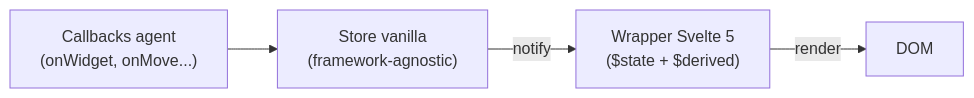
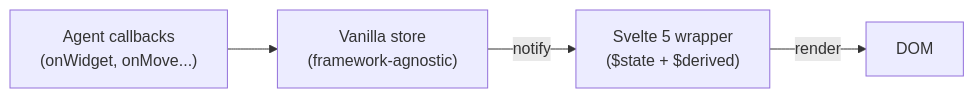
One commit to jeanbaptiste/webmcp-auto-ui changed the third of 4 diagrams in docs/starlight/src/content/docs/guide/architecture.mdx. Above: the diagram before and after it, drawn with Mermaid. The commit also changed other lines of this file and 94 other files, not shown here.

````diff
--- a/docs/starlight/src/content/docs/guide/architecture.mdx
+++ b/docs/starlight/src/content/docs/guide/architecture.mdx
@@ -344,10 +344,10 @@
 ```mermaid
 graph LR
-    VANILLA["Store vanilla<br/>(framework-agnostic)"]
-    SVELTE["Wrapper Svelte 5<br/>($state + $derived)"]
-    AGENT["Callbacks agent<br/>(onWidget, onMove...)"]
+    VANILLA["Vanilla store<br/>(framework-agnostic)"]
+    SVELTE["Svelte 5 wrapper<br/>($state + $derived)"]
+    AGENT["Agent callbacks<br/>(onWidget, onMove...)"]
 
     AGENT --> VANILLA
     VANILLA -->|notify| SVELTE
     SVELTE -->|render| DOM[DOM]
 ```
````
